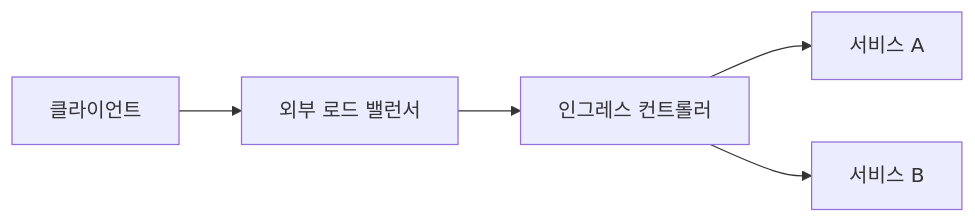
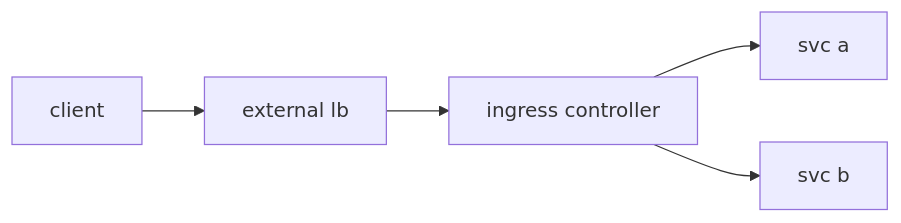
One commit to yeongseon-books/book-content changed the diagram in content/kubernetes-101/ko/05-ingress.md. Above: the diagram before and after it, drawn with Mermaid. The commit also changed other lines of this file and 9 other files, not shown here.

````diff
--- a/content/kubernetes-101/ko/05-ingress.md
+++ b/content/kubernetes-101/ko/05-ingress.md
@@ -49,7 +49,7 @@
 ```mermaid
 flowchart LR
-    User["클라이언트"] --> LB["외부 로드 밸런서"]
-    LB --> IC["인그레스 컨트롤러"]
-    IC --> S1["서비스 A"]
-    IC --> S2["서비스 B"]
+    User["client"] --> LB["external lb"]
+    LB --> IC["ingress controller"]
+    IC --> S1["svc a"]
+    IC --> S2["svc b"]
 ```
````
